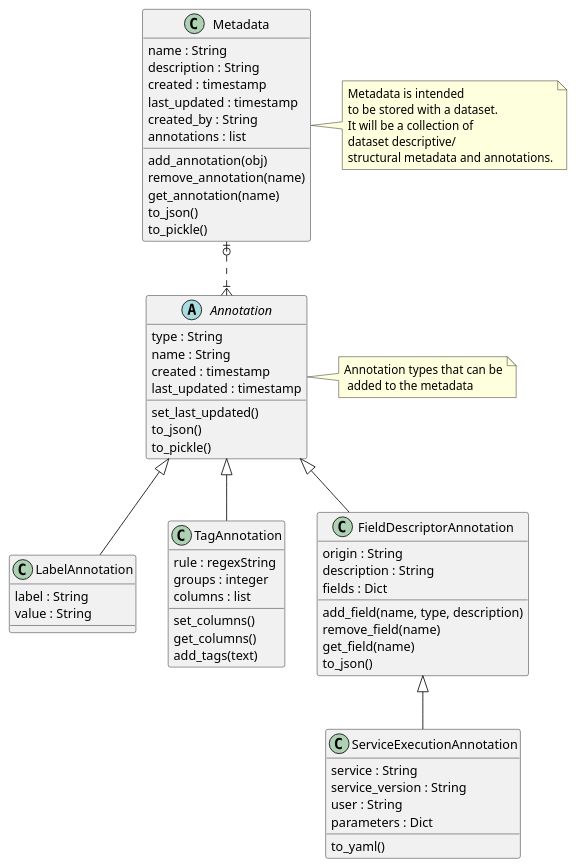
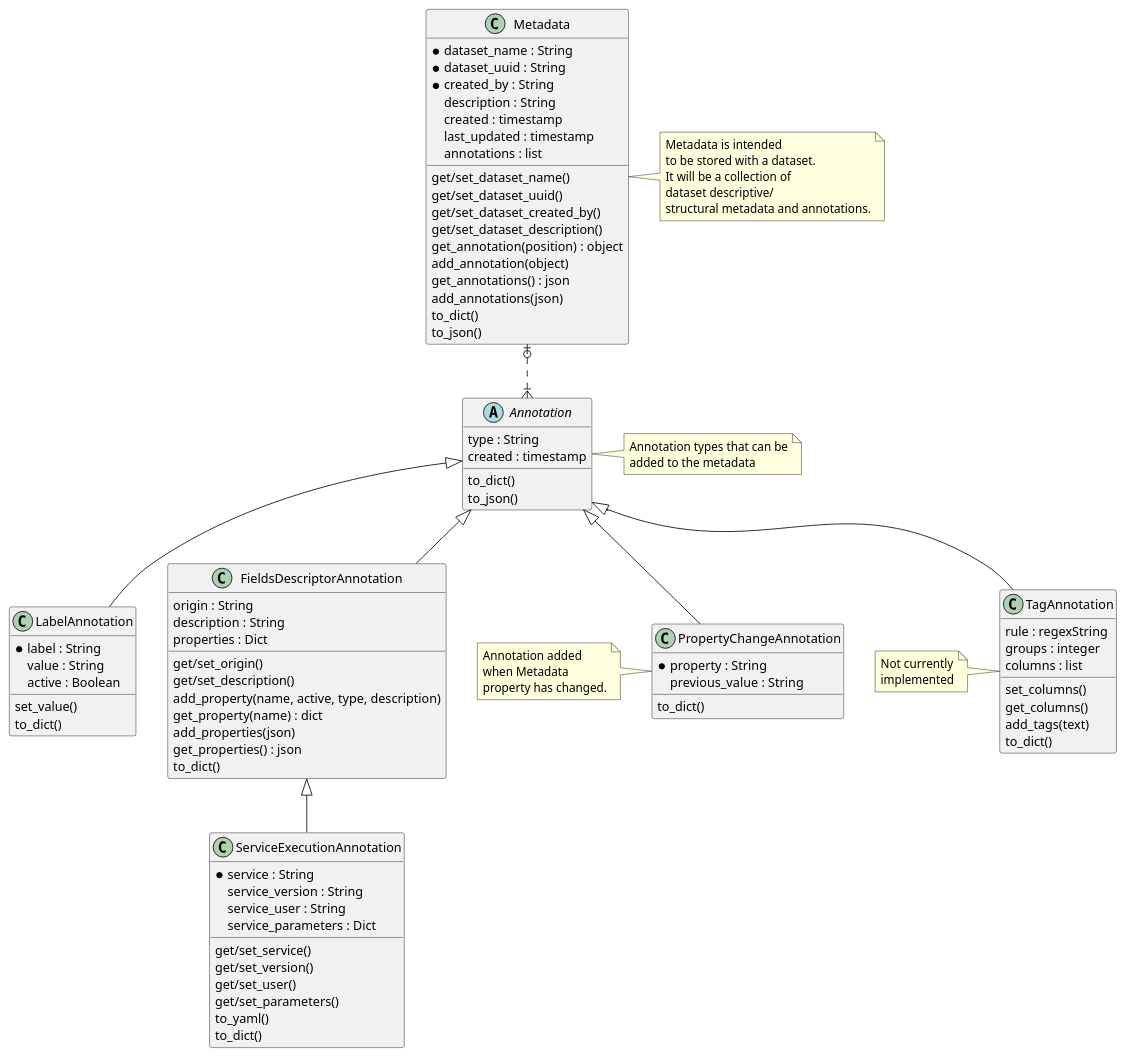
One commit to InformaticsMatters/squonk2-data-manager-metadata changed the diagram in docs/data-manager-metadata.puml. Above: the diagram before and after it, drawn with PlantUML. The commit also changed 6 other files, not shown here.

```diff
--- a/docs/data-manager-metadata.puml
+++ b/docs/data-manager-metadata.puml
@@ -1,65 +1,89 @@
 @startuml
 class Metadata {
-    name : String
+    *dataset_name : String
+    *dataset_uuid : String
+    *created_by : String
     description : String
     created : timestamp
     last_updated : timestamp
-    created_by : String
     annotations : list
-    add_annotation(obj)
-    remove_annotation(name)
-    get_annotation(name)
+    get/set_dataset_name()
+    get/set_dataset_uuid()
+    get/set_dataset_created_by()
+    get/set_dataset_description()
+    get_annotation(position) : object
+    add_annotation(object)
+    get_annotations() : json
+    add_annotations(json)
+    to_dict()
     to_json()
-    to_pickle()
 }
 note right: Metadata is intended\nto be stored with a dataset.\nIt will be a collection of\ndataset descriptive/\nstructural metadata and annotations.
 
 abstract class Annotation {
     type : String
-    name : String
     created : timestamp
-    last_updated : timestamp
-    set_last_updated()
+    to_dict()
     to_json()
-    to_pickle()
 }
-note right: Annotation types that can be\n added to the metadata
+note right: Annotation types that can be\nadded to the metadata
+
+class PropertyChangeAnnotation {
+    *property : String
+    previous_value : String
+    to_dict()
+}
+note left: Annotation added\nwhen Metadata\nproperty has changed.
 
 class LabelAnnotation {
-    label : String
+    *label : String
     value : String
+    active : Boolean
+    set_value()
+    to_dict()
 }
 
 class TagAnnotation {
     rule : regexString
     groups : integer
     columns : list
     set_columns()
     get_columns()
     add_tags(text)
+    to_dict()
 }
+note left: Not currently\nimplemented
 
-class FieldDescriptorAnnotation {
+class FieldsDescriptorAnnotation {
     origin : String
     description : String
-    fields : Dict
-    add_field(name, type, description)
-    remove_field(name)
-    get_field(name)
-    to_json()
+    properties : Dict
+    get/set_origin()
+    get/set_description()
+    add_property(name, active, type, description)
+    get_property(name) : dict
+    add_properties(json)
+    get_properties() : json
+    to_dict()
 }
 
 class ServiceExecutionAnnotation {
-    service : String
+    *service : String
     service_version : String
-    user : String
-    parameters : Dict
+    service_user : String
+    service_parameters : Dict
+    get/set_service()
+    get/set_version()
+    get/set_user()
+    get/set_parameters()
     to_yaml()
+    to_dict()
 }
 
 Metadata  |o..|{   Annotation
 Annotation <|-- LabelAnnotation
+Annotation <|-- PropertyChangeAnnotation
+Annotation <|-- FieldsDescriptorAnnotation
+FieldsDescriptorAnnotation <|-- ServiceExecutionAnnotation
 Annotation <|-- TagAnnotation
-Annotation <|-- FieldDescriptorAnnotation
-FieldDescriptorAnnotation <|-- ServiceExecutionAnnotation
 @enduml
```
